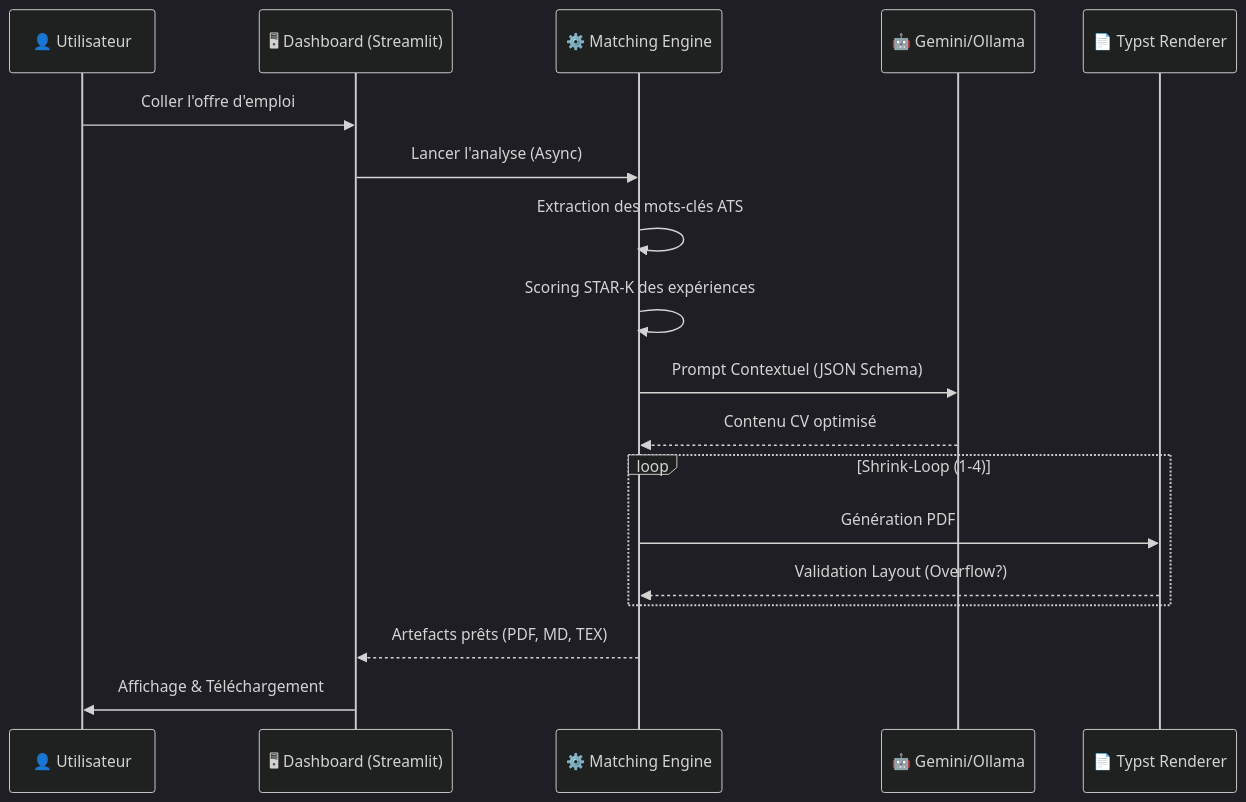
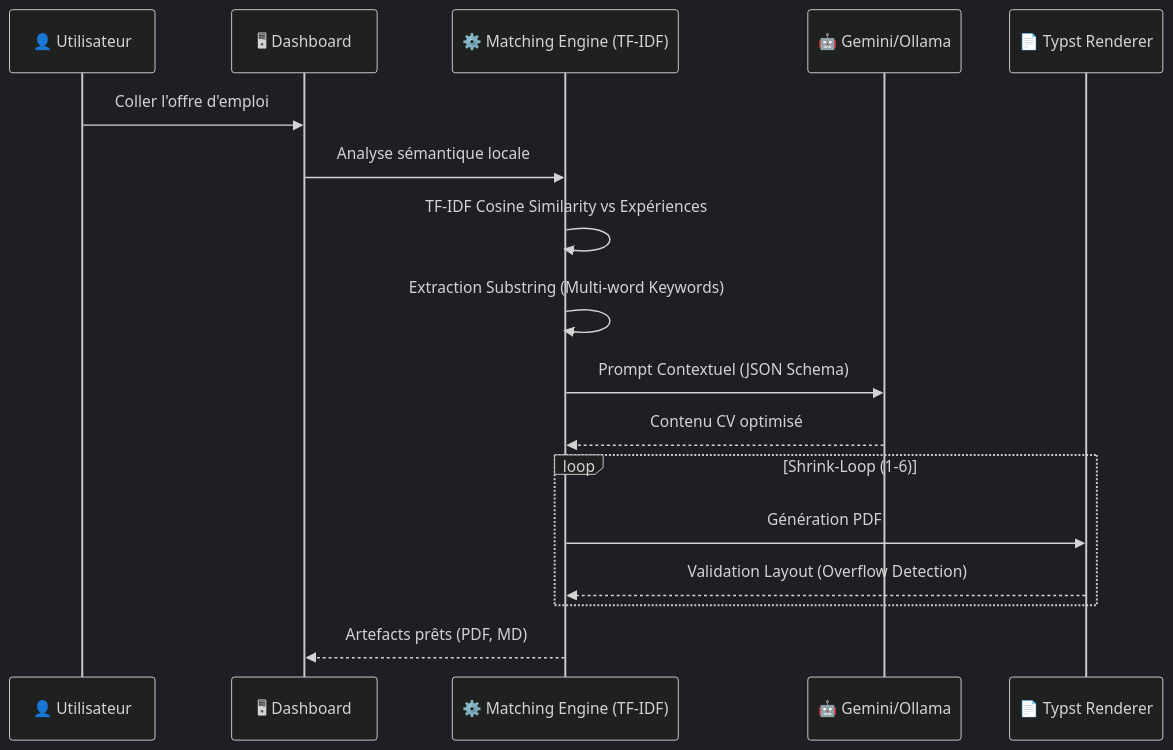
Before and after one commit to zeino-droid/cv: the diagram in docs/TECHNICAL_SPECIFICATIONS.md, drawn with Mermaid (dark theme). The commit also changed other lines of this file and 228 other files, not shown here.

````diff
--- a/docs/TECHNICAL_SPECIFICATIONS.md
+++ b/docs/TECHNICAL_SPECIFICATIONS.md
@@ -13,21 +13,20 @@
 ```mermaid
 sequenceDiagram
     participant User as 👤 Utilisateur
-    participant UI as 🖥 Dashboard (Streamlit)
-    participant Engine as ⚙️ Matching Engine
+    participant UI as 🖥 Dashboard
+    participant Engine as ⚙️ Matching Engine (TF-IDF)
     participant LLM as 🤖 Gemini/Ollama
     participant Renderer as 📄 Typst Renderer
 
     User->>UI: Coller l'offre d'emploi
-    UI->>Engine: Lancer l'analyse (Async)
-    Engine->>Engine: Extraction des mots-clés ATS
-    Engine->>Engine: Scoring STAR-K des expériences
+    UI->>Engine: Analyse sémantique locale
+    Engine->>Engine: TF-IDF Cosine Similarity vs Expériences
+    Engine->>Engine: Extraction Substring (Multi-word Keywords)
     Engine->>LLM: Prompt Contextuel (JSON Schema)
     LLM-->>Engine: Contenu CV optimisé
-    loop Shrink-Loop (1-4)
+    loop Shrink-Loop (1-6)
         Engine->>Renderer: Génération PDF
-        Renderer-->>Engine: Validation Layout (Overflow?)
+        Renderer-->>Engine: Validation Layout (Overflow Detection)
     end
-    Engine-->>UI: Artefacts prêts (PDF, MD, TEX)
-    UI->>User: Affichage & Téléchargement
+    Engine-->>UI: Artefacts prêts (PDF, MD)
 ```
````
